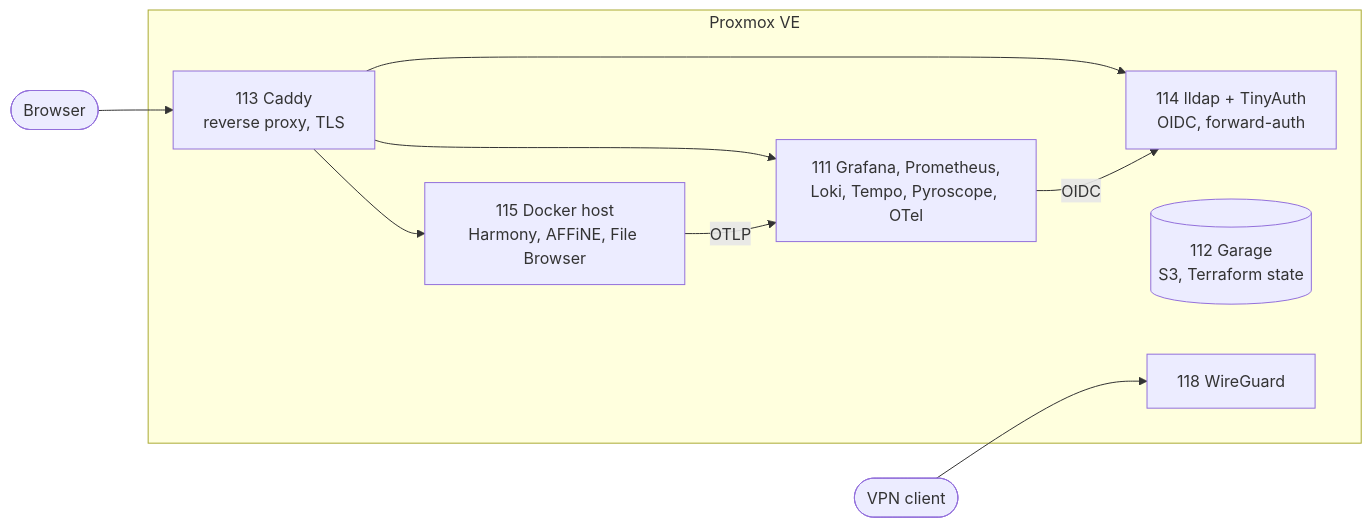
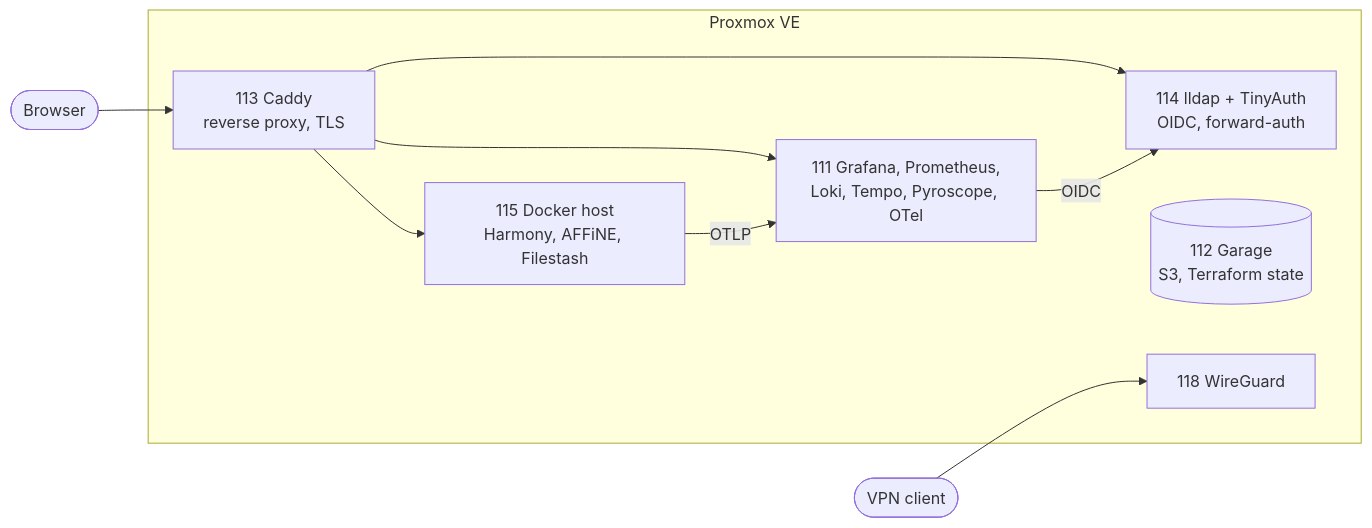
One commit to aBgAmeuR/homelab changed the diagram in README.md. Above: the diagram before and after it, drawn with Mermaid. The commit also changed other lines of this file and 20 other files, not shown here.

Commit message:
feat: replace File Browser with Filestash forward_auth

````diff
--- a/README.md
+++ b/README.md
@@ -11,18 +11,18 @@
 ```mermaid
 flowchart LR
     user([Browser]) --> caddy
     subgraph pve[Proxmox VE]
         caddy[113 Caddy<br/>reverse proxy, TLS]
         auth[114 lldap + TinyAuth<br/>OIDC, forward-auth]
         mon[111 Grafana, Prometheus,<br/>Loki, Tempo, Pyroscope, OTel]
-        dock[115 Docker host<br/>Harmony, AFFiNE, File Browser]
+        dock[115 Docker host<br/>Harmony, AFFiNE, Filestash]
         garage[(112 Garage<br/>S3, Terraform state)]
         vpn[118 WireGuard]
     end
     client([VPN client]) --> vpn
     caddy --> auth
     caddy --> mon
     caddy --> dock
     dock -- OTLP --> mon
     mon -- OIDC --> auth
 ```
````
